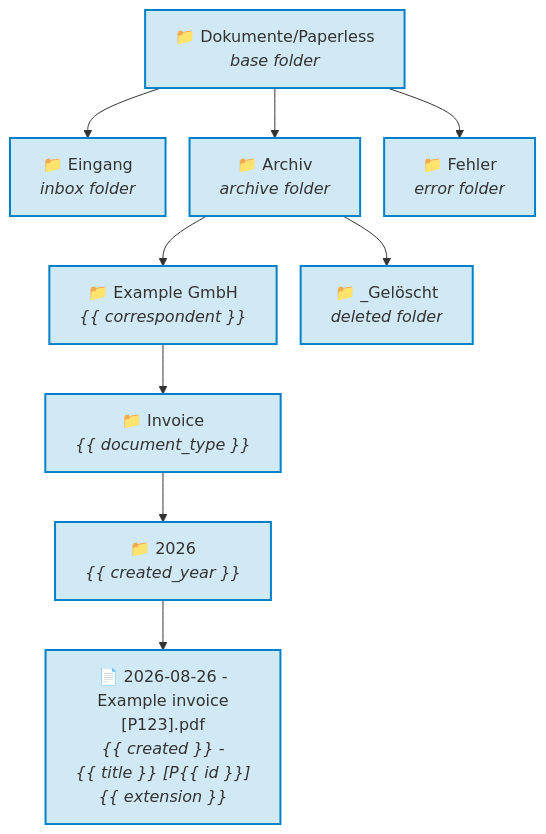
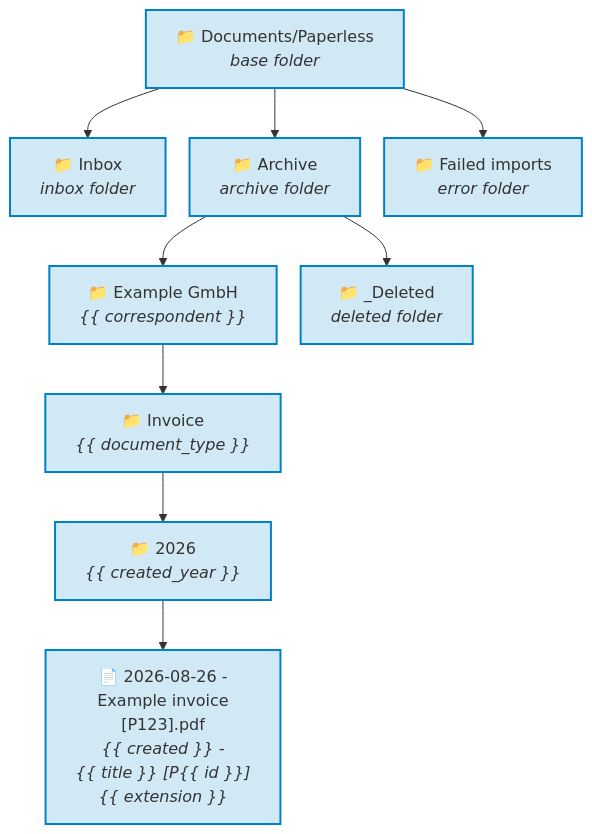
Before and after one commit to Dennis-Otto/paperless-sync: the diagram in docs/diagrams/the-folders-of-the-default-path-template.mmd, drawn with Mermaid. The commit also changed 66 other files, not shown here.

```diff
--- a/docs/diagrams/the-folders-of-the-default-path-template.mmd
+++ b/docs/diagrams/the-folders-of-the-default-path-template.mmd
@@ -1,25 +1,25 @@
 ---
 config:
   flowchart:
     nodeSpacing: 24
 ---
 flowchart TB
     accTitle: The folders of the default path template
-    accDescr: The base folder Dokumente/Paperless holds three folders: Eingang, the inbox folder; Archiv, the archive folder; and Fehler, the error folder. Archiv holds a folder per correspondent, such as Example GmbH, and _Gelöscht, the deleted folder. In the folder of a correspondent, a folder per document type, such as Invoice, holds a folder per year, such as 2026, which holds the file 2026-08-26 - Example invoice [P123].pdf, built from created, title, the marker with the id and the extension.
+    accDescr: The base folder Documents/Paperless holds three folders: Inbox, the inbox folder; Archive, the archive folder; and Failed imports, the error folder. Archive holds a folder per correspondent, such as Example GmbH, and _Deleted, the deleted folder. In the folder of a correspondent, a folder per document type, such as Invoice, holds a folder per year, such as 2026, which holds the file 2026-08-26 - Example invoice [P123].pdf, built from created, title, the marker with the id and the extension.
 
-    base["`📁 Dokumente/Paperless<br>*base folder*`"]
-    inbox["`📁 Eingang<br>*inbox folder*`"]
-    archive["`📁 Archiv<br>*archive folder*`"]
-    errors["`📁 Fehler<br>*error folder*`"]
+    base["`📁 Documents/Paperless<br>*base folder*`"]
+    inbox["`📁 Inbox<br>*inbox folder*`"]
+    archive["`📁 Archive<br>*archive folder*`"]
+    errors["`📁 Failed imports<br>*error folder*`"]
     correspondent["`📁 Example GmbH<br>*{{ correspondent }}*`"]
-    deleted["`📁 _Gelöscht<br>*deleted folder*`"]
+    deleted["`📁 _Deleted<br>*deleted folder*`"]
     type["`📁 Invoice<br>*{{ document_type }}*`"]
     year["`📁 2026<br>*{{ created_year }}*`"]
     file["`📄 2026-08-26 -<br>Example invoice<br>[P123].pdf<br>*{{ created }} -<br>{{ title }} [P{{ id }}]<br>{{ extension }}*`"]
 
     base --> inbox & archive & errors
     archive --> correspondent & deleted
     correspondent --> type --> year --> file
 
     classDef nextcloud fill:#0082c92e,stroke:#0082c9,stroke-width:2px
     class base,archive,inbox,errors,correspondent,deleted,type,year,file nextcloud
```
